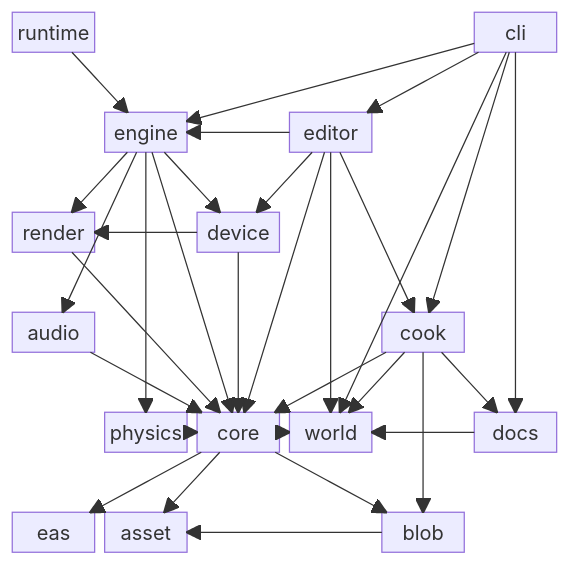
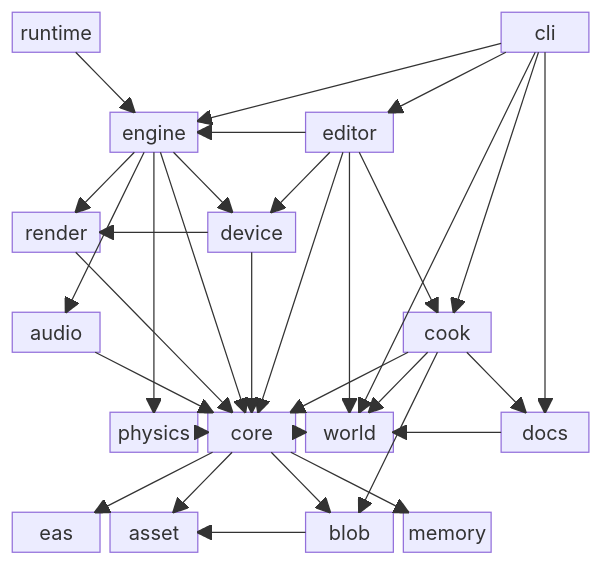
The diagram in crates/README.md (concinnitygg/concinnity), drawn with Mermaid before and after one commit. The commit also changed 28 other files, not shown here.

```diff
--- a/crates/README.md
+++ b/crates/README.md
@@ -69,8 +69,9 @@
 
 eas
 asset
-space:2
+space:1
 blob
+memory
 space:1
 
 runtime --> engine
@@ -84,6 +85,7 @@
 core --> eas
 core --> asset
 core --> blob
+core --> memory
 
 engine --> audio
 engine --> core
```
